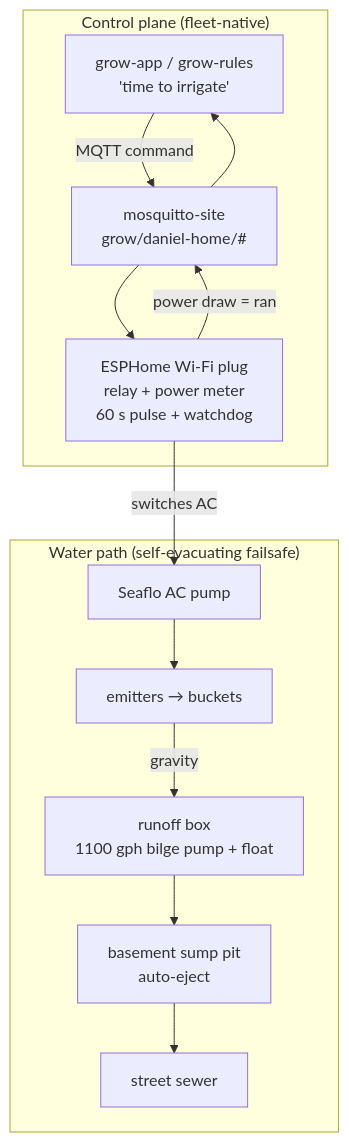
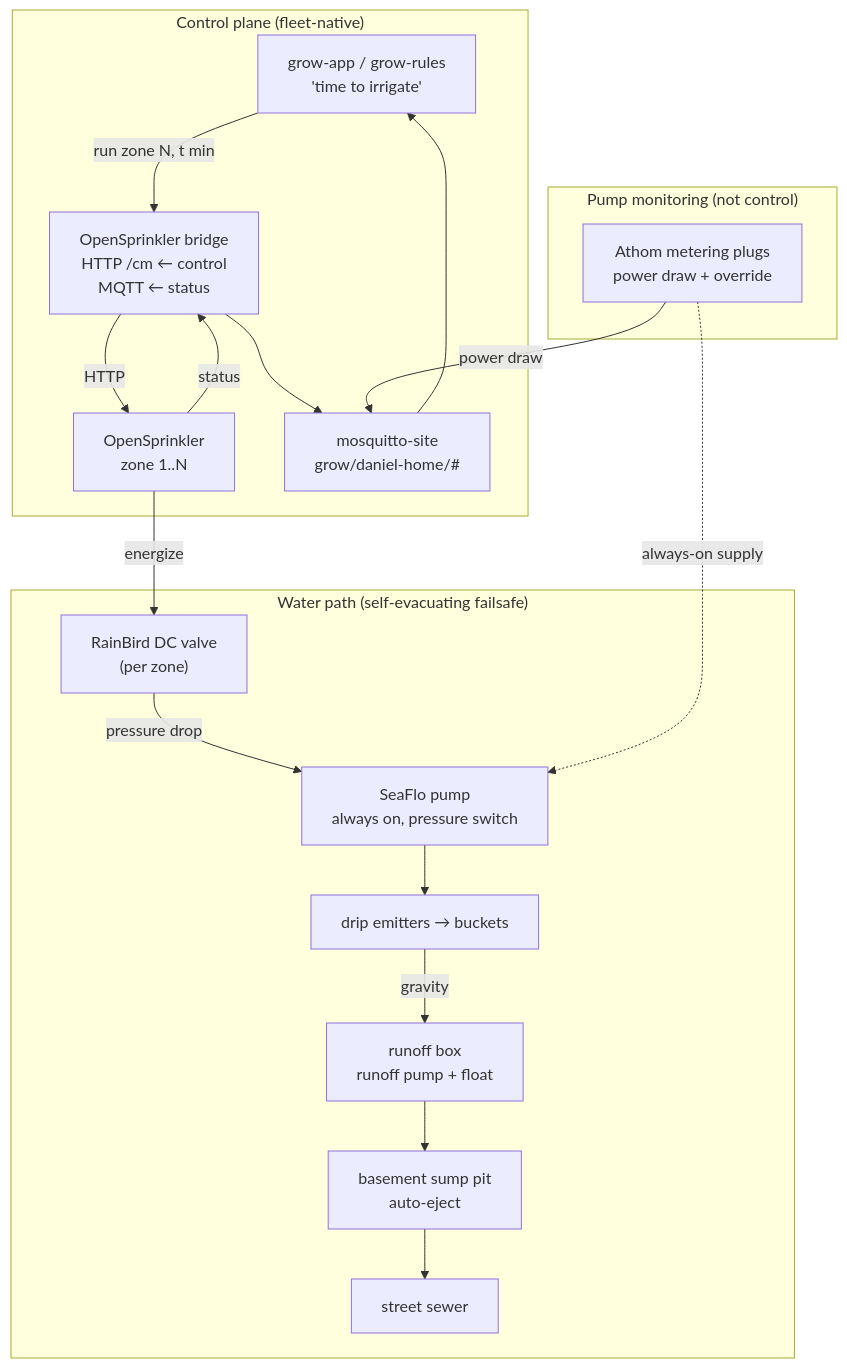
Before and after one commit to dephekt/agent-planning: the diagram in docs/briefs/irrigation-control.md, drawn with Mermaid. The commit also changed other lines of this file and 1 other file, not shown here.

First line of the commit message:
docs(irrigation): rewrite around OpenSprinkler valve control; pumps are monitoring-only

````diff
--- a/docs/briefs/irrigation-control.md
+++ b/docs/briefs/irrigation-control.md
@@ -75,16 +85,23 @@
 ```mermaid
 flowchart TB
   subgraph CTRL["Control plane (fleet-native)"]
     RULES["grow-app / grow-rules<br/>'time to irrigate'"]
+    BRIDGE["OpenSprinkler bridge<br/>HTTP /cm ← control<br/>MQTT ← status"]
+    OS["OpenSprinkler<br/>zone 1..N"]
     BROKER["mosquitto-site<br/>grow/daniel-home/#"]
-    PLUG["ESPHome Wi-Fi plug<br/>relay + power meter<br/>60 s pulse + watchdog"]
-    RULES -->|MQTT command| BROKER --> PLUG
-    PLUG -->|power draw = ran| BROKER --> RULES
+    RULES -->|run zone N, t min| BRIDGE -->|HTTP| OS
+    OS -->|status| BRIDGE --> BROKER --> RULES
   end
   subgraph WATER["Water path (self-evacuating failsafe)"]
-    PUMP["Seaflo AC pump"] --> EMIT["emitters → buckets"]
-    EMIT -->|gravity| RUNOFF["runoff box<br/>1100 gph bilge pump + float"]
+    OS -->|energize| VALVE["RainBird DC valve<br/>(per zone)"]
+    VALVE -->|pressure drop| PUMP["SeaFlo pump<br/>always on, pressure switch"]
+    PUMP --> EMIT["drip emitters → buckets"]
+    EMIT -->|gravity| RUNOFF["runoff box<br/>runoff pump + float"]
     RUNOFF --> SUMP["basement sump pit<br/>auto-eject"] --> SEWER["street sewer"]
   end
-  PLUG -->|switches AC| PUMP
+  subgraph MON["Pump monitoring (not control)"]
+    PLUG["Athom metering plugs<br/>power draw + override"]
+    PLUG -->|power draw| BROKER
+    PLUG -.->|always-on supply| PUMP
+  end
 ```
````
